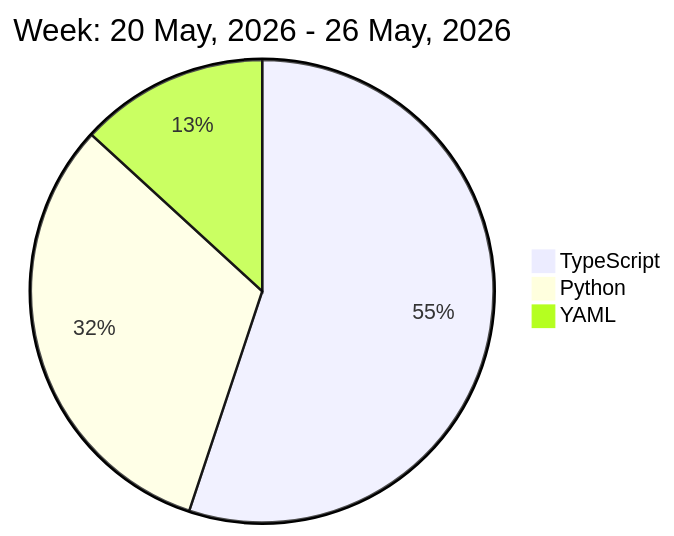
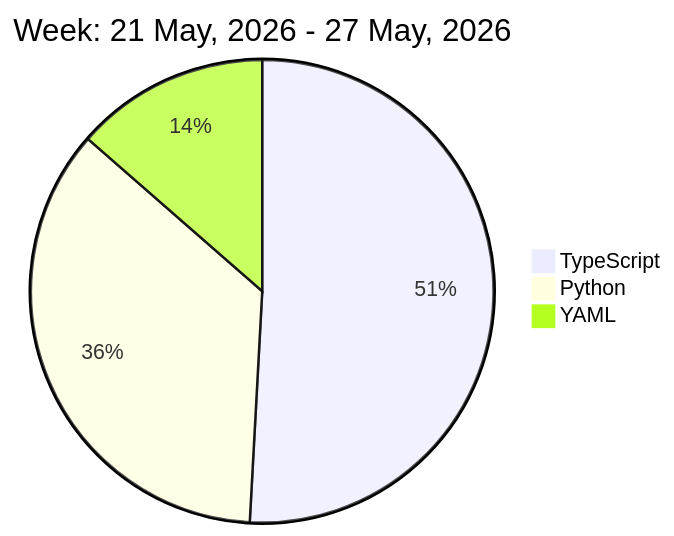
The diagram in README.md (liubin95/liubin95), drawn with Mermaid before and after one commit.

Commit message:
Updated the Graph with new Metrics

````diff
--- a/README.md
+++ b/README.md
@@ -32,7 +32,7 @@
 ```mermaid
  pie
-title Week: 20 May, 2026 - 26 May, 2026
- "TypeScript" : 10.57
- "Python" : 6.08
- "YAML" : 2.53
+title Week: 21 May, 2026 - 27 May, 2026
+ "TypeScript" : 9.18
+ "Python" : 6.42
+ "YAML" : 2.45
 ```
````
